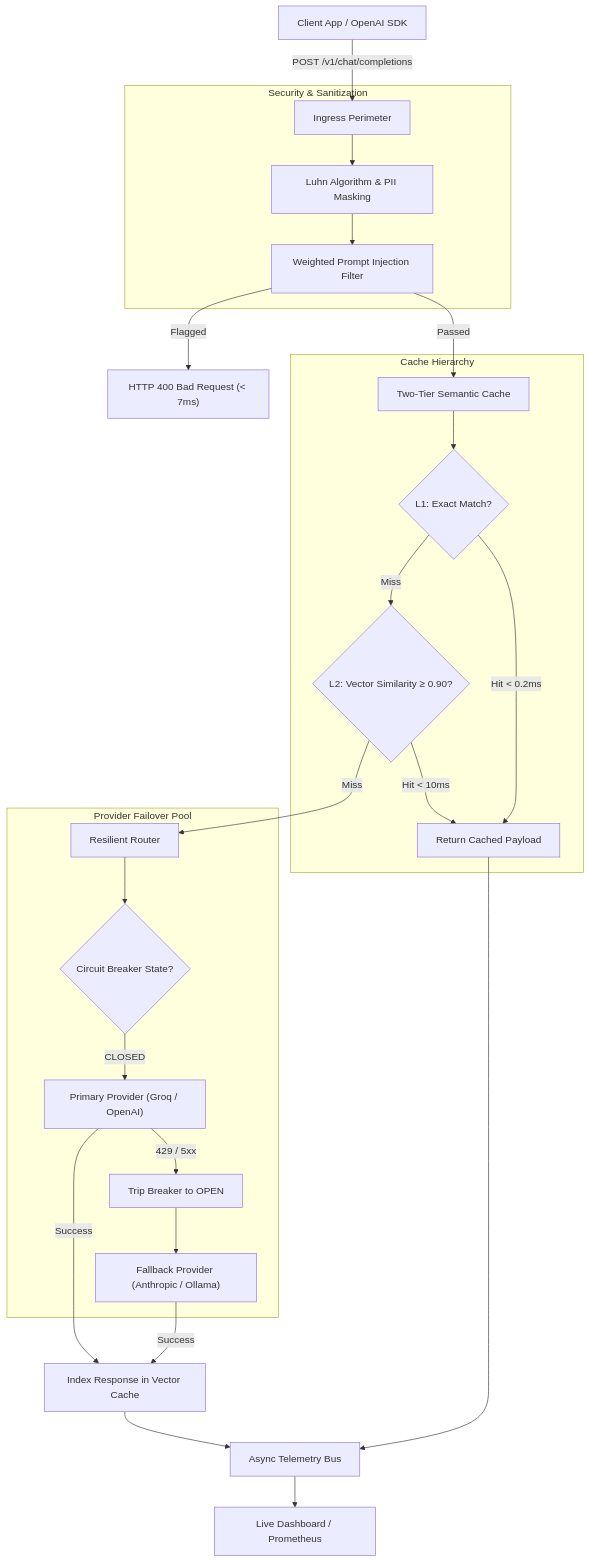
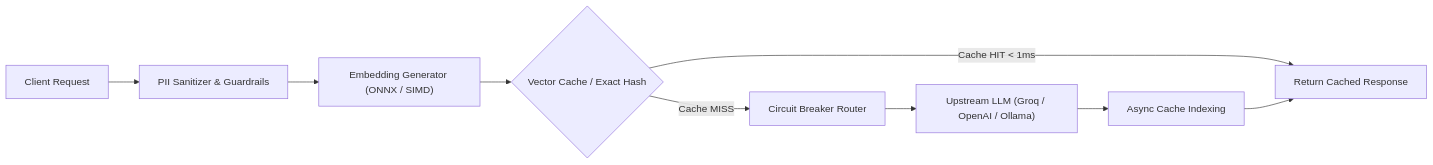
One commit to Parv3/SynapseGateway changed the diagram in README.md. Above: the diagram before and after it, drawn with Mermaid. The commit also changed other lines of this file and 5 other files, not shown here.

Commit message:
feat: implement multi-tenant namespace isolation, dynamic threshold tuning, context variance hashing, and request lifecycle diagram

````diff
--- a/README.md
+++ b/README.md
@@ -26,34 +27,11 @@
 ```mermaid
-flowchart TD
-    Client["Client App / OpenAI SDK"] -->|POST /v1/chat/completions| Ingress["Ingress Perimeter"]
-
-    subgraph Security ["Security & Sanitization"]
-        Ingress --> PII["Luhn Algorithm & PII Masking"]
-        PII --> Injection["Weighted Prompt Injection Filter"]
-    end
-
-    Injection -->|Passed| Cache["Two-Tier Semantic Cache"]
-    Injection -->|Flagged| Block["HTTP 400 Bad Request (< 7ms)"]
-
-    subgraph Caching ["Cache Hierarchy"]
-        Cache --> L1{"L1: Exact Match?"}
-        L1 -->|Hit < 0.2ms| CacheHit["Return Cached Payload"]
-        L1 -->|Miss| L2{"L2: Vector Similarity ≥ 0.90?"}
-        L2 -->|Hit < 10ms| CacheHit
-    end
-
-    L2 -->|Miss| Router["Resilient Router"]
-
-    subgraph Routing ["Provider Failover Pool"]
-        Router --> Breaker{"Circuit Breaker State?"}
-        Breaker -->|CLOSED| Primary["Primary Provider (Groq / OpenAI)"]
-        Primary -->|429 / 5xx| Trip["Trip Breaker to OPEN"]
-        Trip --> Secondary["Fallback Provider (Anthropic / Ollama)"]
-    end
-
-    Primary -->|Success| Index["Index Response in Vector Cache"]
-    Secondary -->|Success| Index
-    Index --> Bus["Async Telemetry Bus"]
-    CacheHit --> Bus
-    Bus --> Dashboard["Live Dashboard / Prometheus"]
+flowchart LR
+    A["Client Request"] --> B["PII Sanitizer & Guardrails"]
+    B --> C["Embedding Generator (ONNX / SIMD)"]
+    C --> D{"Vector Cache / Exact Hash"}
+    D -->|Cache HIT < 1ms| E["Return Cached Response"]
+    D -->|Cache MISS| F["Circuit Breaker Router"]
+    F --> G["Upstream LLM (Groq / OpenAI / Ollama)"]
+    G --> H["Async Cache Indexing"]
+    H --> E
 ```
````
